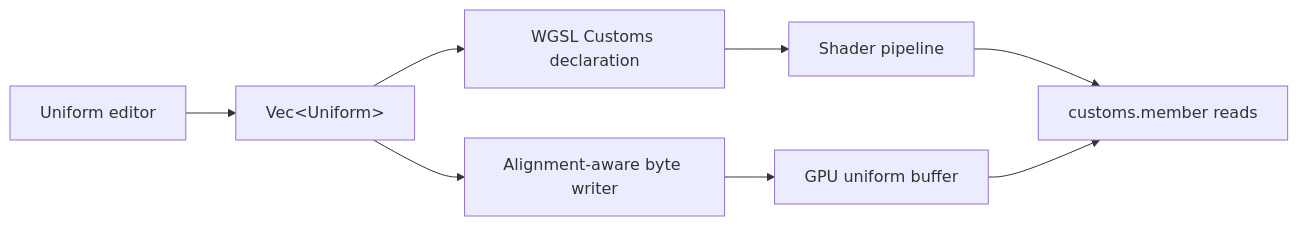
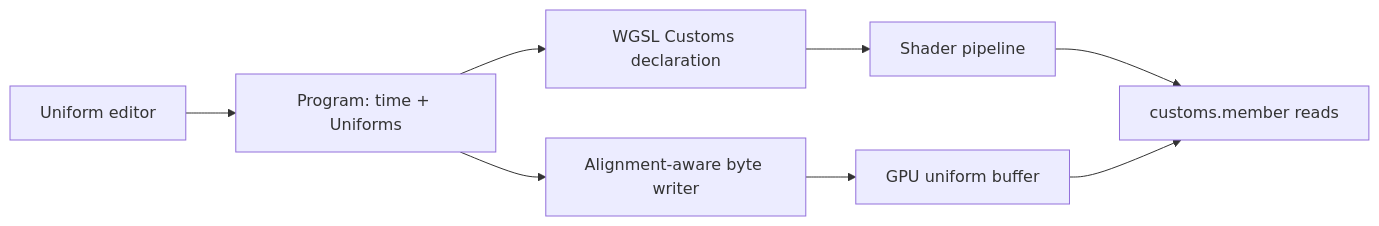
Before and after one commit to NickelWenzel/bulin: the diagram in docs/architecture/uniform-buffer-layout.md, drawn with Mermaid. The commit also changed other lines of this file and 20 other files, not shown here.

First line of the commit message:
refactor: move uniforms and program assembly into bulin-core

````diff
--- a/docs/architecture/uniform-buffer-layout.md
+++ b/docs/architecture/uniform-buffer-layout.md
@@ -15,10 +15,10 @@
 ```mermaid
 flowchart LR
-    Editor[Uniform editor] --> Types["Vec&lt;Uniform&gt;"]
+    Editor[Uniform editor] --> Types["Program: time + Uniforms"]
     Types --> Declaration[WGSL Customs declaration]
     Types --> Layout[Alignment-aware byte writer]
     Declaration --> Pipeline[Shader pipeline]
     Layout --> Buffer[GPU uniform buffer]
     Pipeline --> Read[customs.member reads]
     Buffer --> Read
 ```
````
